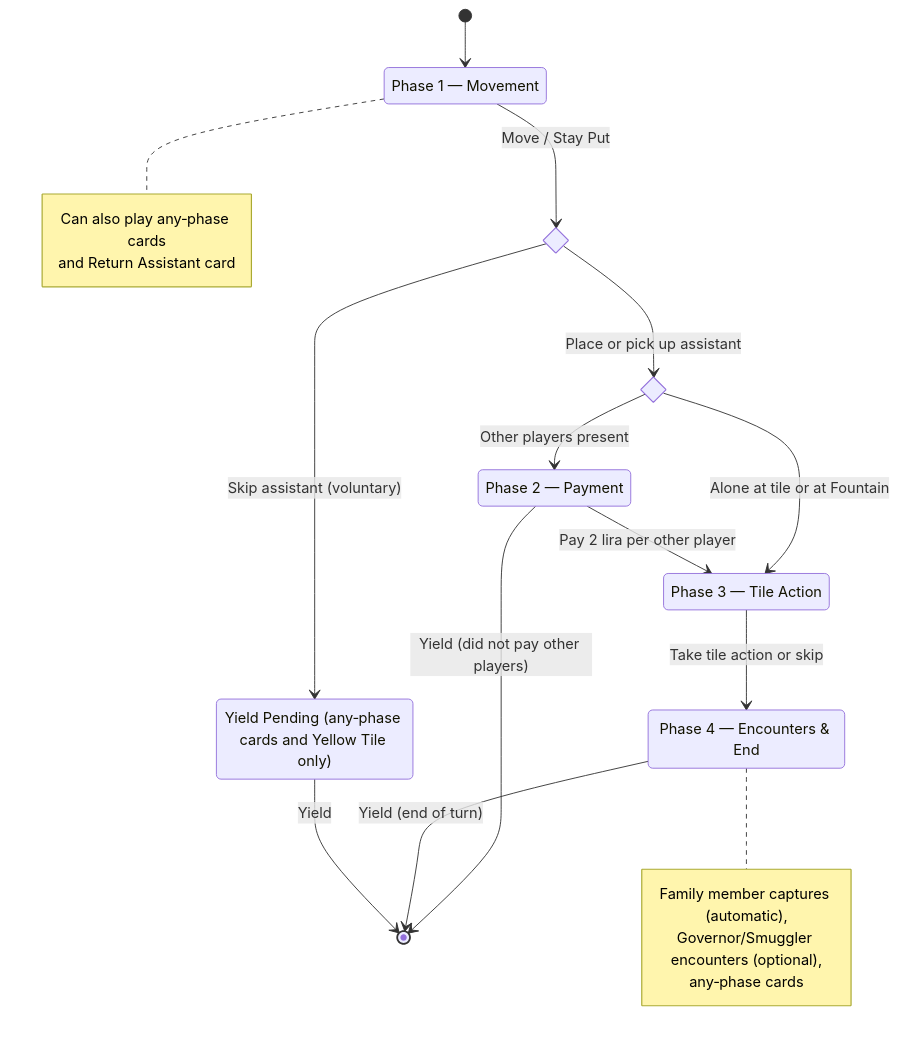
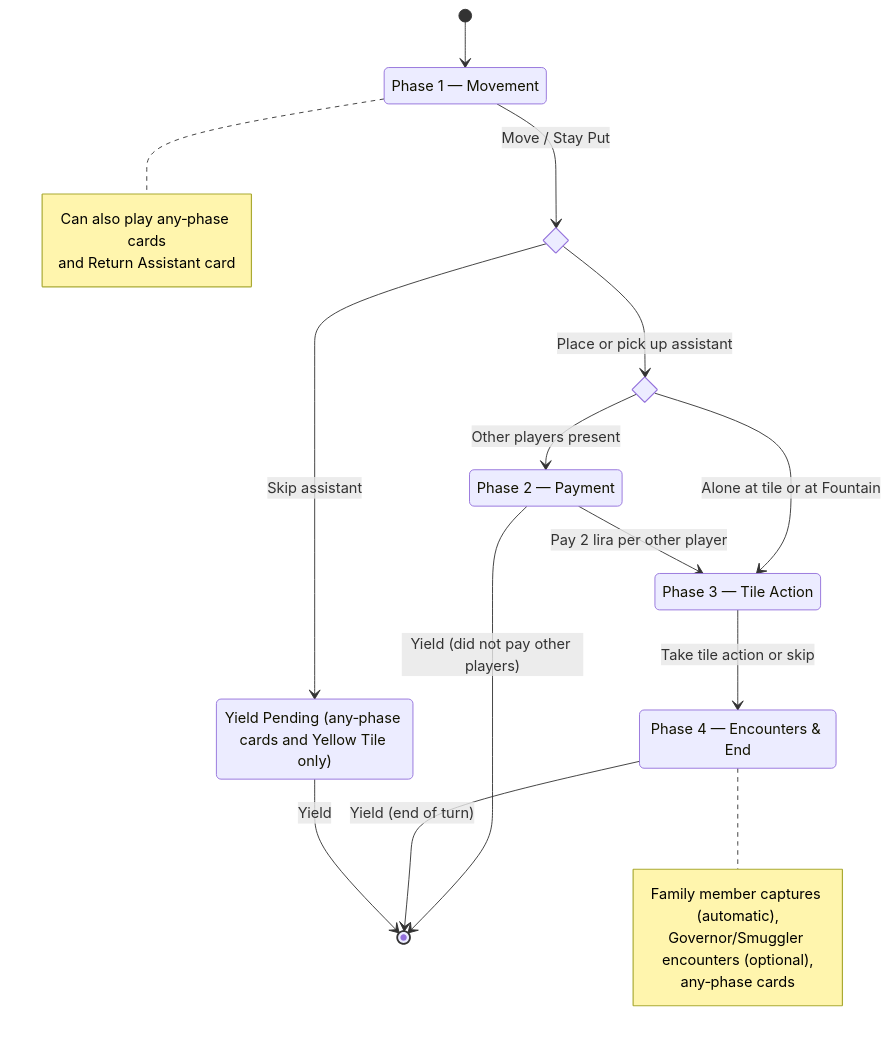
One commit to nverhaaren/istanbul-game changed the diagram in RULES.md. Above: the diagram before and after it, drawn with Mermaid.

Commit message:
Update RULES.md
Voluntary here was a bit confusing.

````diff
--- a/RULES.md
+++ b/RULES.md
@@ -484,41 +484,41 @@
 ```mermaid
 stateDiagram-v2
     [*] --> Phase1
 
     Phase1 : Phase 1 — Movement
     Phase2 : Phase 2 — Payment
     Phase3 : Phase 3 — Tile Action
     Phase4 : Phase 4 — Encounters & End
     YieldPending : Yield Pending (any‑phase cards and Yellow Tile only)
 
     state phase2_check <<choice>>
     state assistant_check <<choice>>
 
     Phase1 --> assistant_check : Move / Stay Put
 
     assistant_check --> phase2_check : Place or pick up assistant
-    assistant_check --> YieldPending : Skip assistant (voluntary)
+    assistant_check --> YieldPending : Skip assistant
 
     phase2_check --> Phase3 : Alone at tile or at Fountain
     phase2_check --> Phase2 : Other players present
 
     Phase2 --> Phase3 : Pay 2 lira per other player
     Phase2 --> [*] : Yield (did not pay other players)
 
     Phase3 --> Phase4 : Take tile action or skip
 
     Phase4 --> [*] : Yield (end of turn)
 
     YieldPending --> [*] : Yield
 
     note right of Phase1
         Can also play any‑phase cards
         and Return Assistant card
     end note
 
     note right of Phase4
         Family member captures (automatic),
         Governor/Smuggler encounters (optional),
         any‑phase cards
     end note
 ```
````
